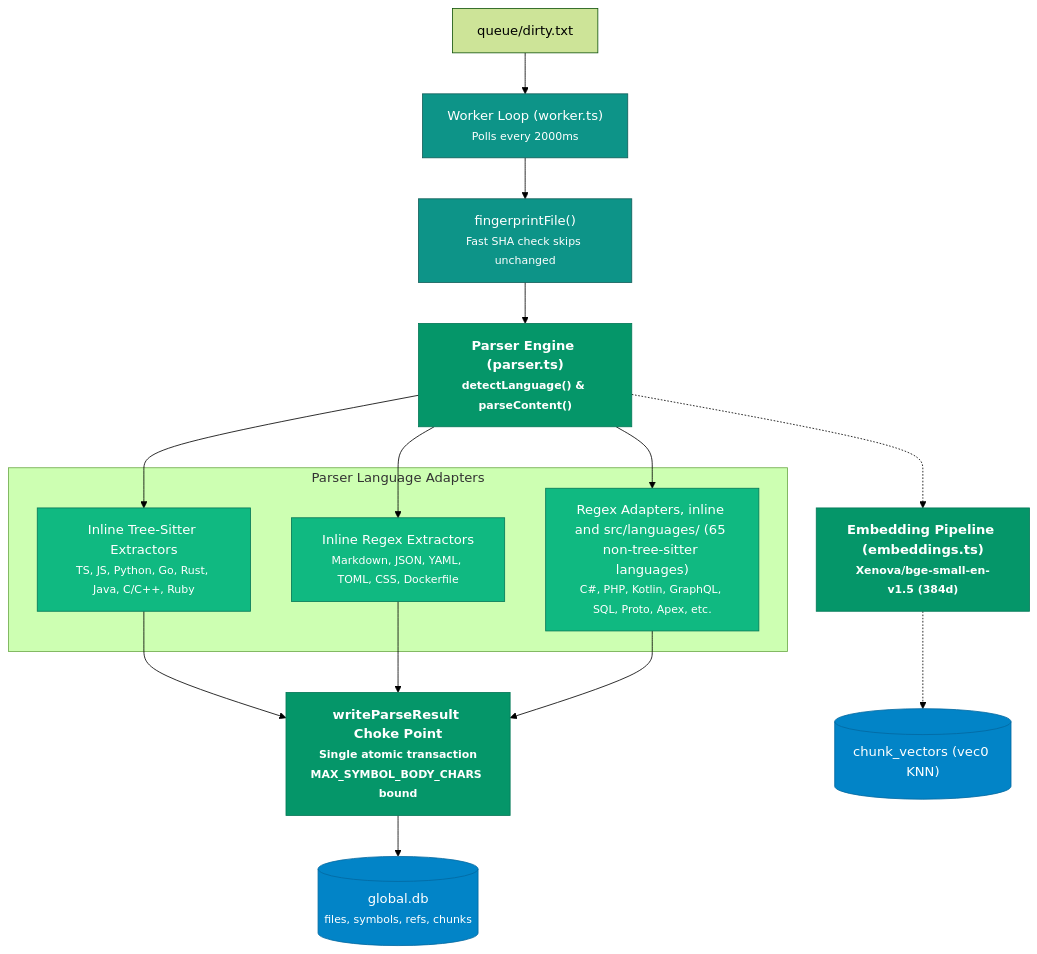
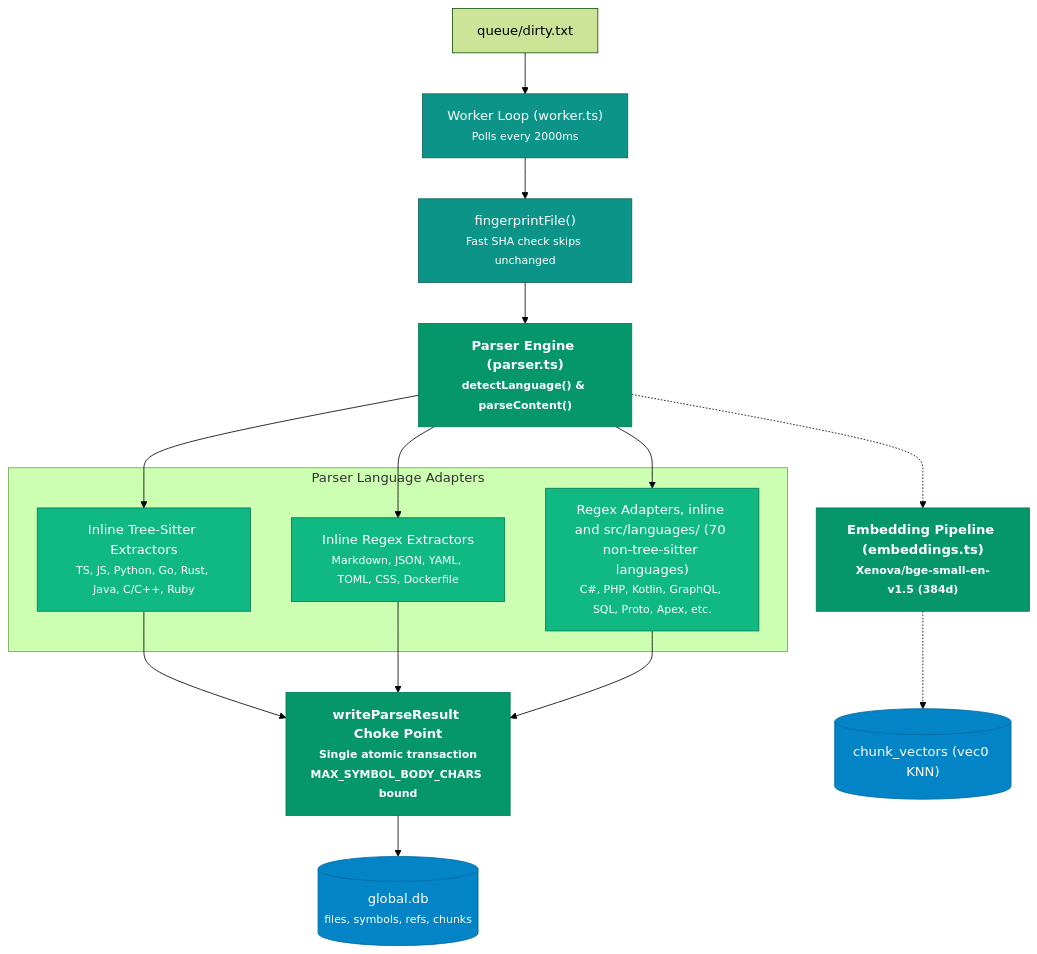
Before and after one commit to DFKHelper/token-goat: the fourth of 7 diagrams in docs/C4_RUNTIME_ARCHITECTURE.md, drawn with Mermaid (forest theme). The commit also changed 18 other files, not shown here.

````diff
--- a/docs/C4_RUNTIME_ARCHITECTURE.md
+++ b/docs/C4_RUNTIME_ARCHITECTURE.md
@@ -180,30 +180,30 @@
 ```mermaid
 flowchart TB
     classDef parser fill:#059669,stroke:#047857,color:#ffffff,font-weight:bold;
     classDef worker fill:#0D9488,stroke:#115E59,color:#ffffff;
     classDef adapter fill:#10B981,stroke:#047857,color:#ffffff;
     classDef db fill:#0284C7,stroke:#0369A1,color:#ffffff;
 
     DirtyQueue["queue/dirty.txt"] --> WorkerLoop["Worker Loop (worker.ts)<br/><small>Polls every 2000ms</small>"]:::worker
     WorkerLoop --> Fingerprint["fingerprintFile()<br/><small>Fast SHA check skips unchanged</small>"]:::worker
     Fingerprint --> Parser["Parser Engine (parser.ts)<br/><small>detectLanguage() & parseContent()</small>"]:::parser
 
     subgraph ParserAdapters ["Parser Language Adapters"]
         TreeSitter["Inline Tree-Sitter Extractors<br/><small>TS, JS, Python, Go, Rust, Java, C/C++, Ruby</small>"]:::adapter
         RegexInline["Inline Regex Extractors<br/><small>Markdown, JSON, YAML, TOML, CSS, Dockerfile</small>"]:::adapter
-        LangAdapters["Regex Adapters, inline and src/languages/ (65 non-tree-sitter languages)<br/><small>C#, PHP, Kotlin, GraphQL, SQL, Proto, Apex, etc.</small>"]:::adapter
+        LangAdapters["Regex Adapters, inline and src/languages/ (70 non-tree-sitter languages)<br/><small>C#, PHP, Kotlin, GraphQL, SQL, Proto, Apex, etc.</small>"]:::adapter
     end
 
     Parser --> TreeSitter
     Parser --> RegexInline
     Parser --> LangAdapters
 
     TreeSitter --> ChokePoint["writeParseResult Choke Point<br/><small>Single atomic transaction<br/>MAX_SYMBOL_BODY_CHARS bound</small>"]:::parser
     RegexInline --> ChokePoint
     LangAdapters --> ChokePoint
 
     ChokePoint --> GlobalDB[("global.db<br/><small>files, symbols, refs, chunks</small>")]:::db
     
     Parser -.-> Embedder["Embedding Pipeline (embeddings.ts)<br/><small>Xenova/bge-small-en-v1.5 (384d)</small>"]:::parser
     Embedder -.-> VecDB[("chunk_vectors (vec0 KNN)")]:::db
 ```
````
